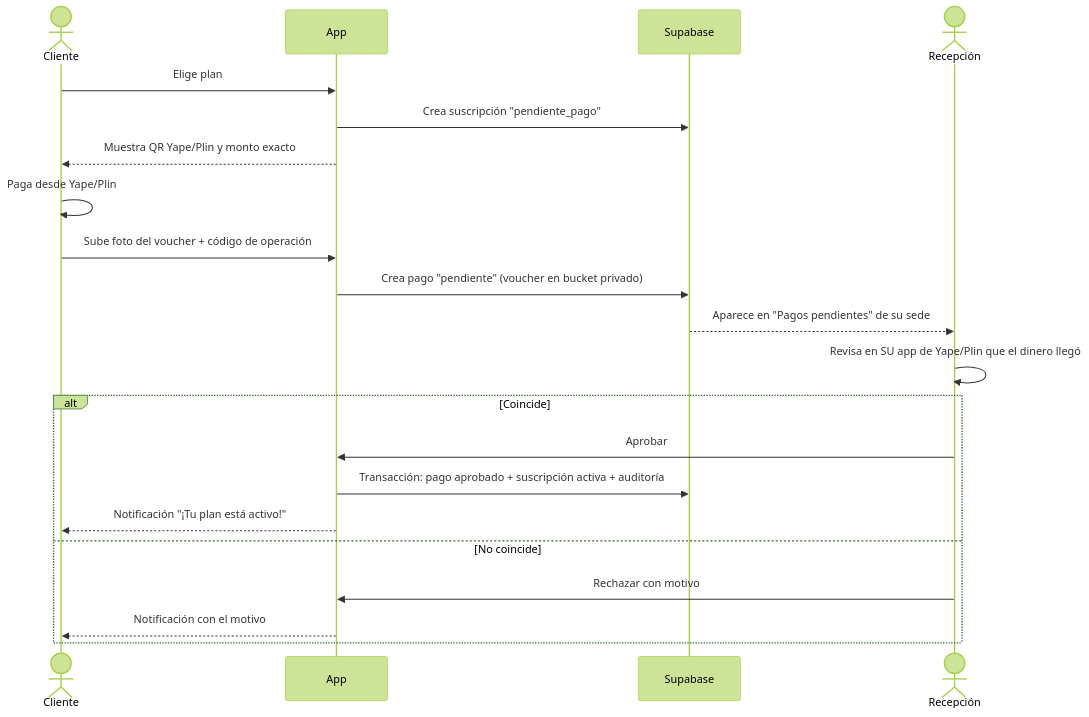
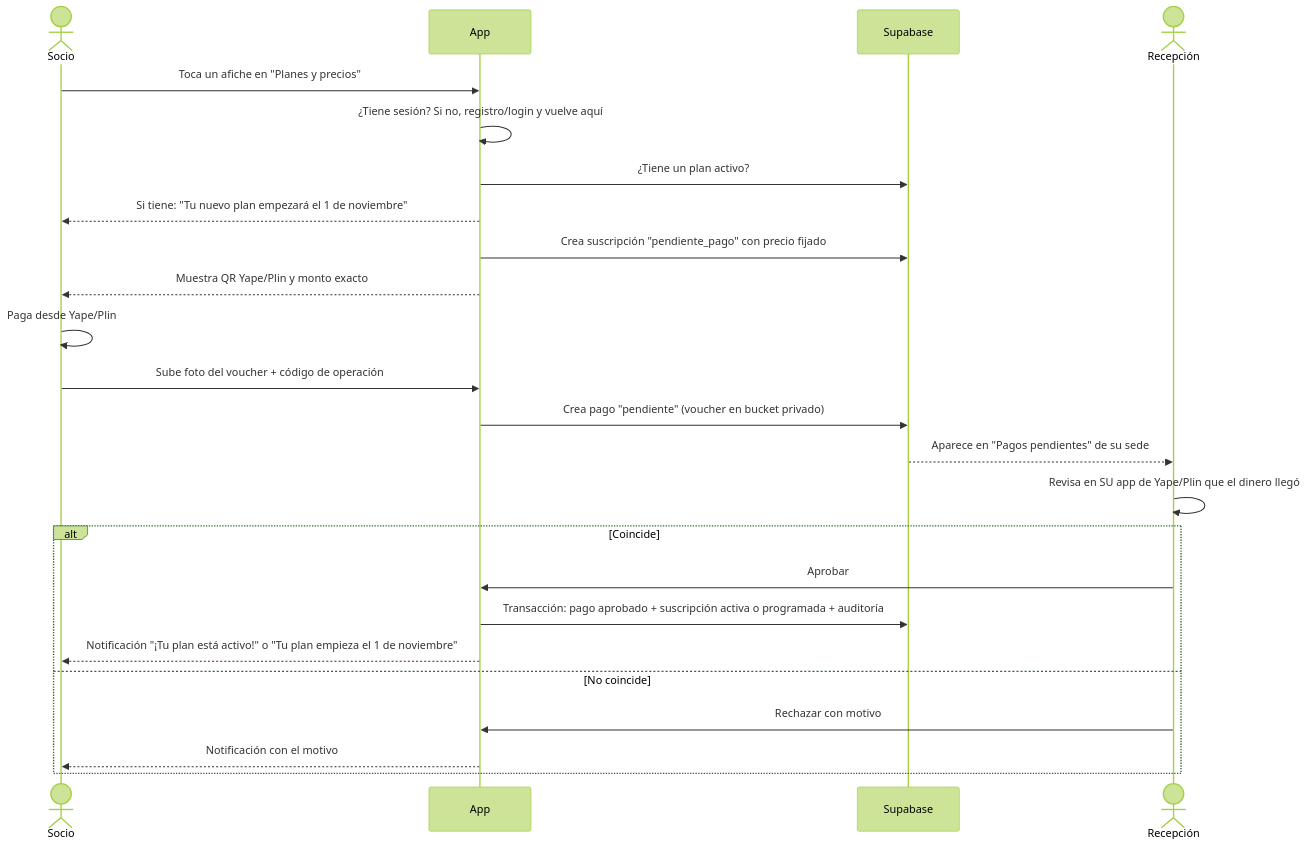
Before and after one commit to BernardoCOD/aula-ia-cientifica: the second of 2 diagrams in PLAN.md, drawn with Mermaid (forest theme). The commit also changed other lines of this file, not shown here.

First line of the commit message:
Actualiza PLAN.md: afiches de promociones, semáforo, alertas y entrada del día

````diff
--- a/PLAN.md
+++ b/PLAN.md
@@ -378,23 +504,26 @@
 ```mermaid
 sequenceDiagram
-    actor C as Cliente
+    actor S as Socio
     participant App
     participant BD as Supabase
     actor R as Recepción
-    C->>App: Elige plan
-    App->>BD: Crea suscripción "pendiente_pago"
-    App-->>C: Muestra QR Yape/Plin y monto exacto
-    C->>C: Paga desde Yape/Plin
-    C->>App: Sube foto del voucher + código de operación
+    S->>App: Toca un afiche en "Planes y precios"
+    App->>App: ¿Tiene sesión? Si no, registro/login y vuelve aquí
+    App->>BD: ¿Tiene un plan activo?
+    App-->>S: Si tiene: "Tu nuevo plan empezará el 1 de noviembre"
+    App->>BD: Crea suscripción "pendiente_pago" con precio fijado
+    App-->>S: Muestra QR Yape/Plin y monto exacto
+    S->>S: Paga desde Yape/Plin
+    S->>App: Sube foto del voucher + código de operación
     App->>BD: Crea pago "pendiente" (voucher en bucket privado)
     BD-->>R: Aparece en "Pagos pendientes" de su sede
     R->>R: Revisa en SU app de Yape/Plin que el dinero llegó
     alt Coincide
         R->>App: Aprobar
-        App->>BD: Transacción: pago aprobado + suscripción activa + auditoría
-        App-->>C: Notificación "¡Tu plan está activo!"
+        App->>BD: Transacción: pago aprobado + suscripción activa o programada + auditoría
+        App-->>S: Notificación "¡Tu plan está activo!" o "Tu plan empieza el 1 de noviembre"
     else No coincide
         R->>App: Rechazar con motivo
-        App-->>C: Notificación con el motivo
+        App-->>S: Notificación con el motivo
     end
 ```
````
